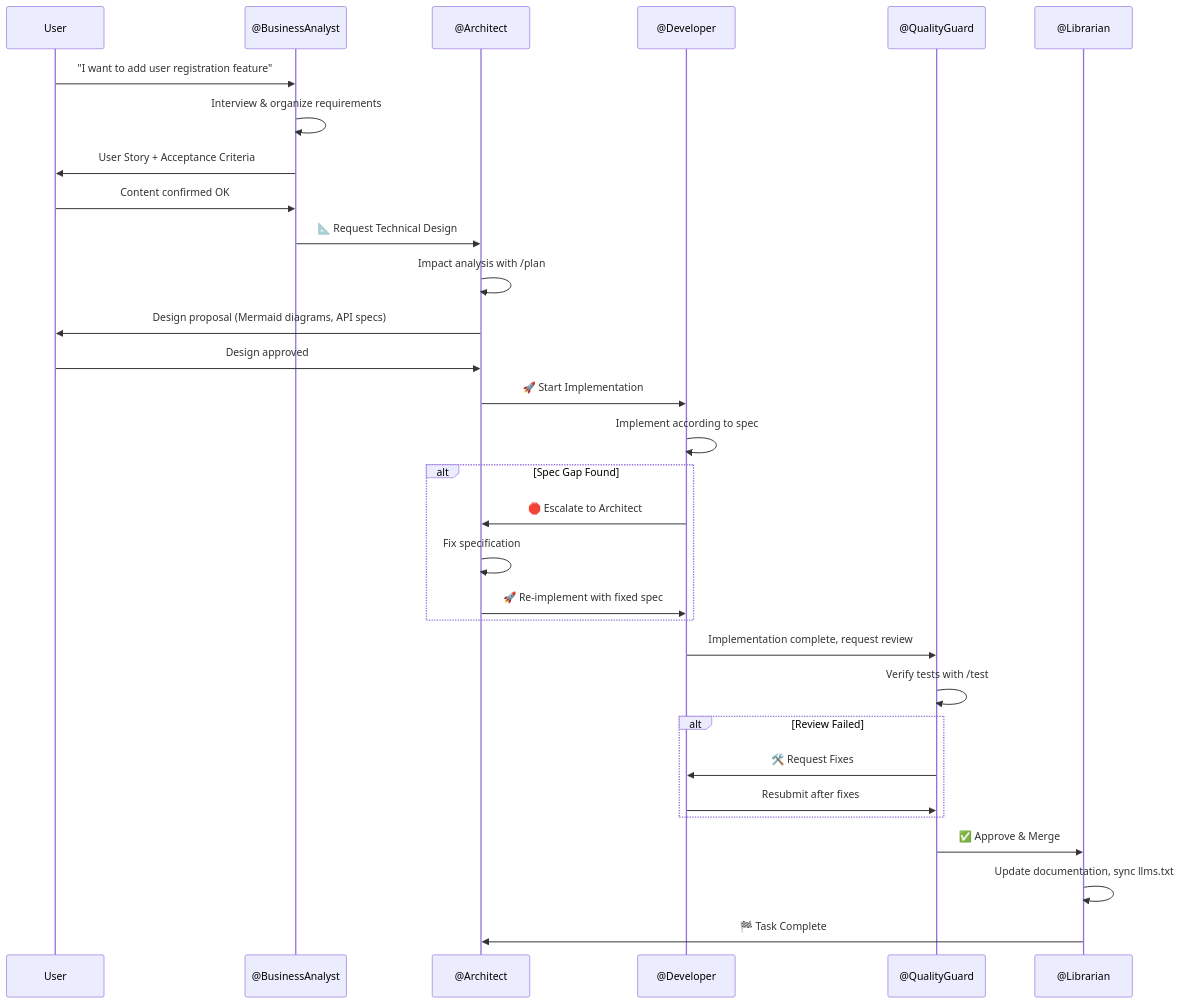
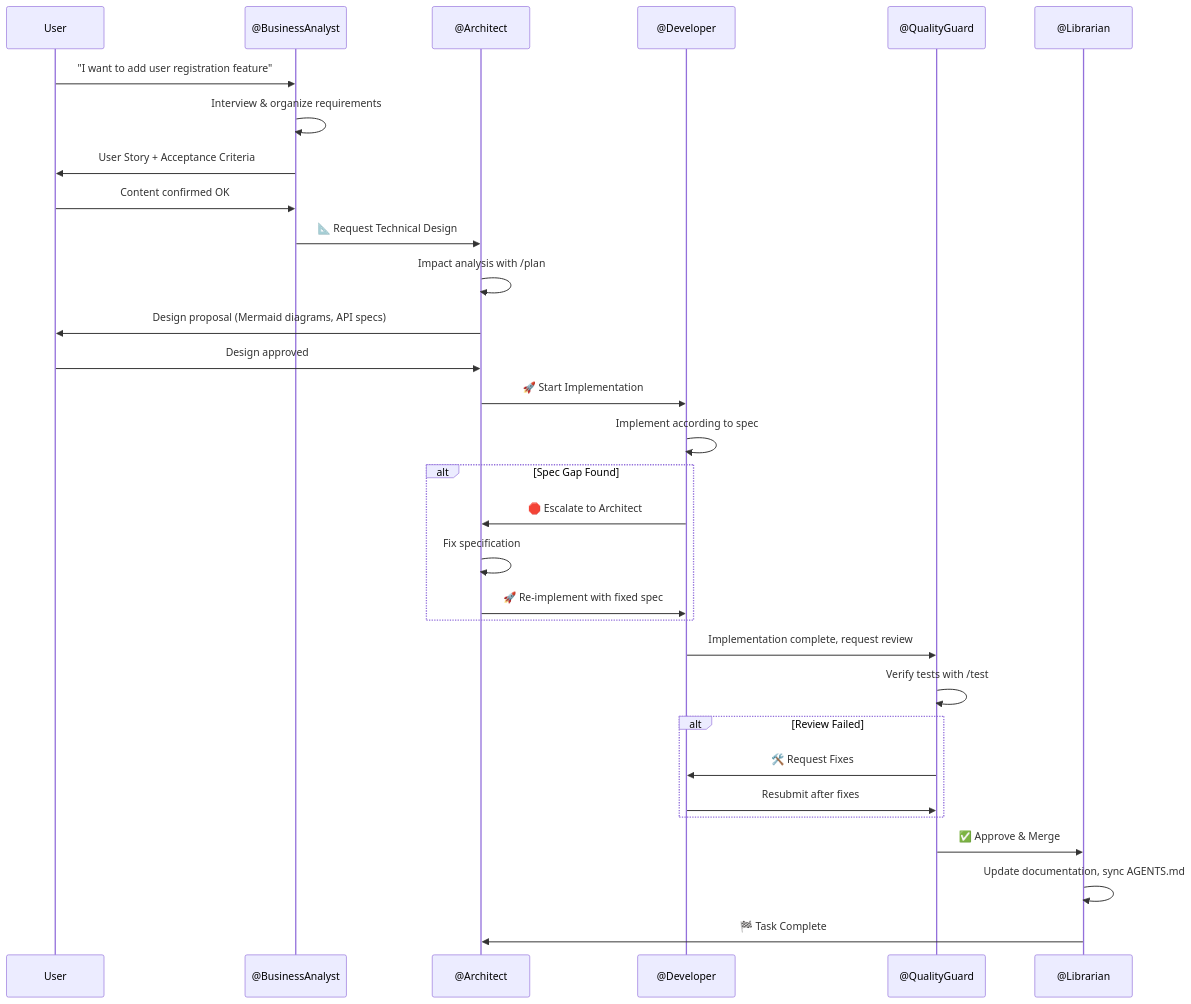
The third of 8 diagrams in agents-docs/key-flows.md (LongbowXXX/terraformer), drawn with Mermaid before and after one commit. The commit also changed other lines of this file and 12 other files, not shown here.

Commit message:
Refactor context mapping from llms.txt to AGENTS.md for improved clarity and consistency across documentation

````diff
--- a/agents-docs/key-flows.md
+++ b/agents-docs/key-flows.md
@@ -90,41 +90,41 @@
 ```mermaid
 sequenceDiagram
     participant U as User
     participant BA as @BusinessAnalyst
     participant AR as @Architect
     participant DV as @Developer
     participant QG as @QualityGuard
     participant LB as @Librarian
 
     U->>BA: "I want to add user registration feature"
     BA->>BA: Interview & organize requirements
     BA->>U: User Story + Acceptance Criteria
 
     U->>BA: Content confirmed OK
     BA->>AR: 📐 Request Technical Design
 
     AR->>AR: Impact analysis with /plan
     AR->>U: Design proposal (Mermaid diagrams, API specs)
     U->>AR: Design approved
 
     AR->>DV: 🚀 Start Implementation
     DV->>DV: Implement according to spec
 
     alt Spec Gap Found
         DV->>AR: 🛑 Escalate to Architect
         AR->>AR: Fix specification
         AR->>DV: 🚀 Re-implement with fixed spec
     end
 
     DV->>QG: Implementation complete, request review
     QG->>QG: Verify tests with /test
 
     alt Review Failed
         QG->>DV: 🛠️ Request Fixes
         DV->>QG: Resubmit after fixes
     end
 
     QG->>LB: ✅ Approve & Merge
-    LB->>LB: Update documentation, sync llms.txt
+    LB->>LB: Update documentation, sync AGENTS.md
     LB->>AR: 🏁 Task Complete
 ```
````
